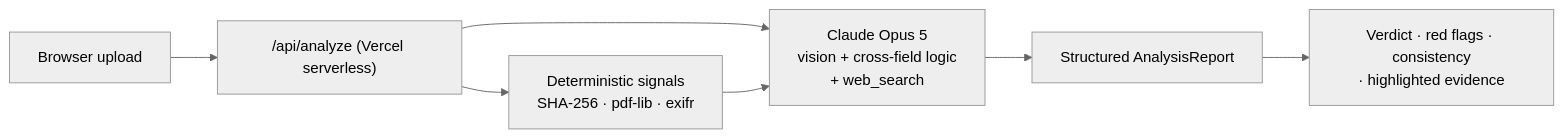
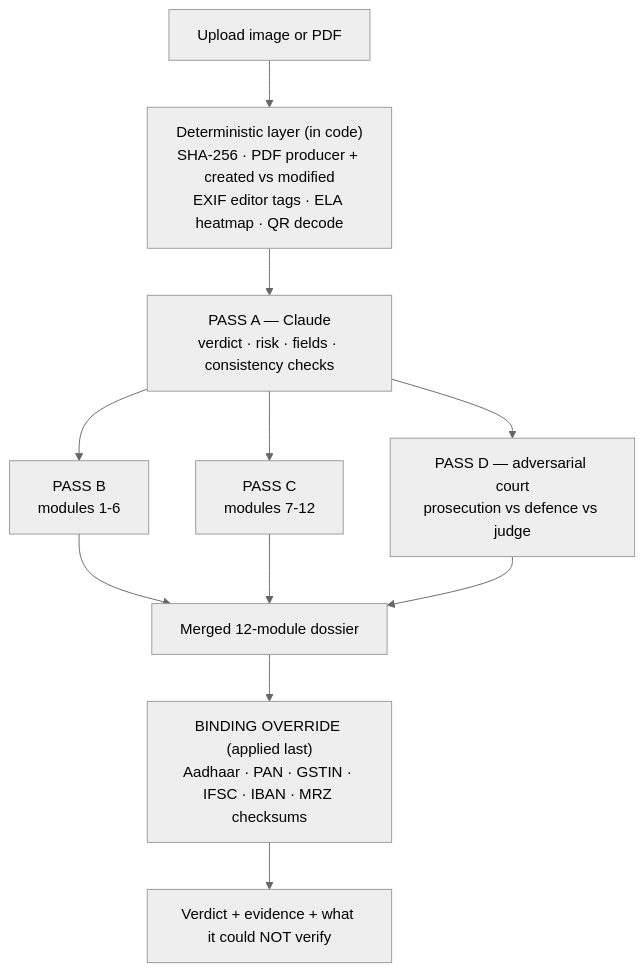
Before and after one commit to Yashraj00700/pramaan: the diagram in README.md, drawn with Mermaid (neutral theme). The commit also changed other lines of this file and 9 other files, not shown here.

````diff
--- a/README.md
+++ b/README.md
@@ -65,9 +77,13 @@
 ```mermaid
-flowchart LR
-  A[Browser upload] --> B["/api/analyze (Vercel serverless)"]
-  B --> C["Deterministic signals<br/>SHA-256 · pdf-lib · exifr"]
-  B --> D["Claude Opus 5<br/>vision + cross-field logic<br/>+ web_search"]
-  C --> D
-  D --> E["Structured AnalysisReport"]
-  E --> F["Verdict · red flags · consistency<br/>· highlighted evidence"]
+flowchart TD
+  U[Upload image or PDF] --> D["Deterministic layer (in code)<br/>SHA-256 · PDF producer + created vs modified<br/>EXIF editor tags · ELA heatmap · QR decode"]
+  D --> A["PASS A — Claude<br/>verdict · risk · fields · consistency checks"]
+  A --> B["PASS B<br/>modules 1-6"]
+  A --> C["PASS C<br/>modules 7-12"]
+  A --> X["PASS D — adversarial court<br/>prosecution vs defence vs judge"]
+  B --> M[Merged 12-module dossier]
+  C --> M
+  X --> M
+  M --> O["BINDING OVERRIDE (applied last)<br/>Aadhaar · PAN · GSTIN · IFSC · IBAN · MRZ checksums"]
+  O --> R[Verdict + evidence + what it could NOT verify]
 ```
````
